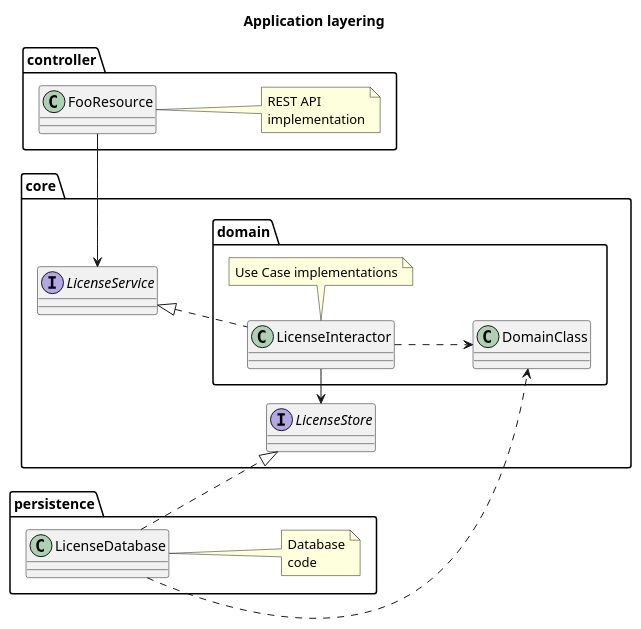
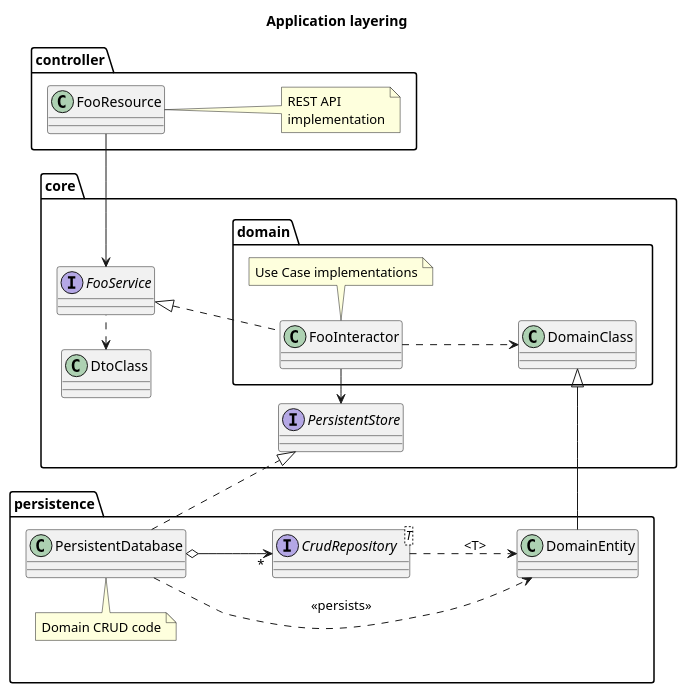
One commit to philips-software/license-scanner changed the diagram in src/main/java/com/philips/research/licensescanner/layers.puml. Above: the diagram before and after it, drawn with PlantUML. The commit also changed 9 other files, not shown here.

Commit message:
Update architecture and refactor structure to match

```diff
--- a/src/main/java/com/philips/research/licensescanner/layers.puml
+++ b/src/main/java/com/philips/research/licensescanner/layers.puml
@@ -1,46 +1,55 @@
 @startuml
 
 title
     Application layering
 end title
 
 left to right direction
 
 package controller {
     class FooResource
     note right
         REST API
         implementation
     end note
 }
 
 package core {
-    interface LicenseService
-    FooResource -l-> LicenseService
+    class DtoClass
+
+    interface FooService
+    FooResource -l-> FooService
+    FooService .l.> DtoClass
 
     package domain {
-        class LicenseInteractor
+        class FooInteractor
         note bottom
             Use Case implementations
         end note
-        LicenseService <|.. LicenseInteractor
+        FooService <|.. FooInteractor
 
         class DomainClass
-        LicenseInteractor ..> DomainClass
+        FooInteractor ..> DomainClass
     }
 
-    interface LicenseStore
-    LicenseInteractor -> LicenseStore
+    interface PersistentStore
+    FooInteractor -> PersistentStore
 }
 
 package persistence {
-    class LicenseDatabase
-    note right
-        Database
-        code
+    class DomainEntity
+    DomainEntity -|> DomainClass
+
+    interface CrudRepository<T>
+    CrudRepository .d.> DomainEntity:<T>
+
+    class PersistentDatabase
+    note top
+        Domain CRUD code
     end note
-    LicenseStore <|.u. LicenseDatabase
-    LicenseDatabase ..> DomainClass
+    PersistentStore <|.u. PersistentDatabase
+    PersistentDatabase ..> DomainEntity:<<persists>>
+    PersistentDatabase o-d-> "*" CrudRepository
 }
 
 @enduml
```
